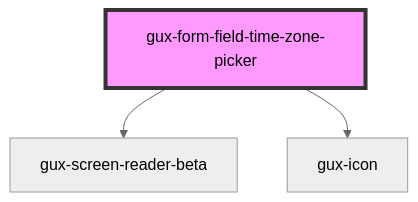
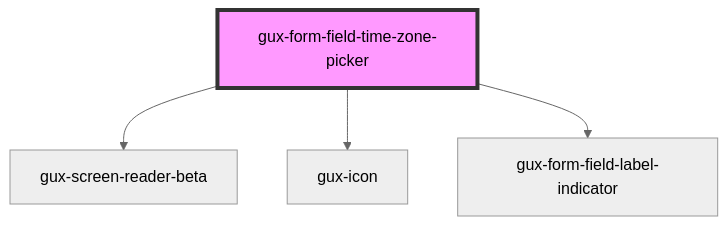
Before and after one commit to MyPureCloud/genesys-spark: the diagram in packages/genesys-spark-components/src/components/stable/gux-form-field/components/gux-form-field-time-zone-picker/readme.md, drawn with Mermaid (neutral theme). The commit also changed other lines of this file and 49 other files, not shown here.

First line of the commit message:
feat(other): Add form field optional indicator files

````diff
--- a/packages/genesys-spark-components/src/components/stable/gux-form-field/components/gux-form-field-time-zone-picker/readme.md
+++ b/packages/genesys-spark-components/src/components/stable/gux-form-field/components/gux-form-field-time-zone-picker/readme.md
@@ -33,6 +34,7 @@
 ```mermaid
 graph TD;
   gux-form-field-time-zone-picker --> gux-screen-reader-beta
   gux-form-field-time-zone-picker --> gux-icon
+  gux-form-field-time-zone-picker --> gux-form-field-label-indicator
   style gux-form-field-time-zone-picker fill:#f9f,stroke:#333,stroke-width:4px
 ```
````
